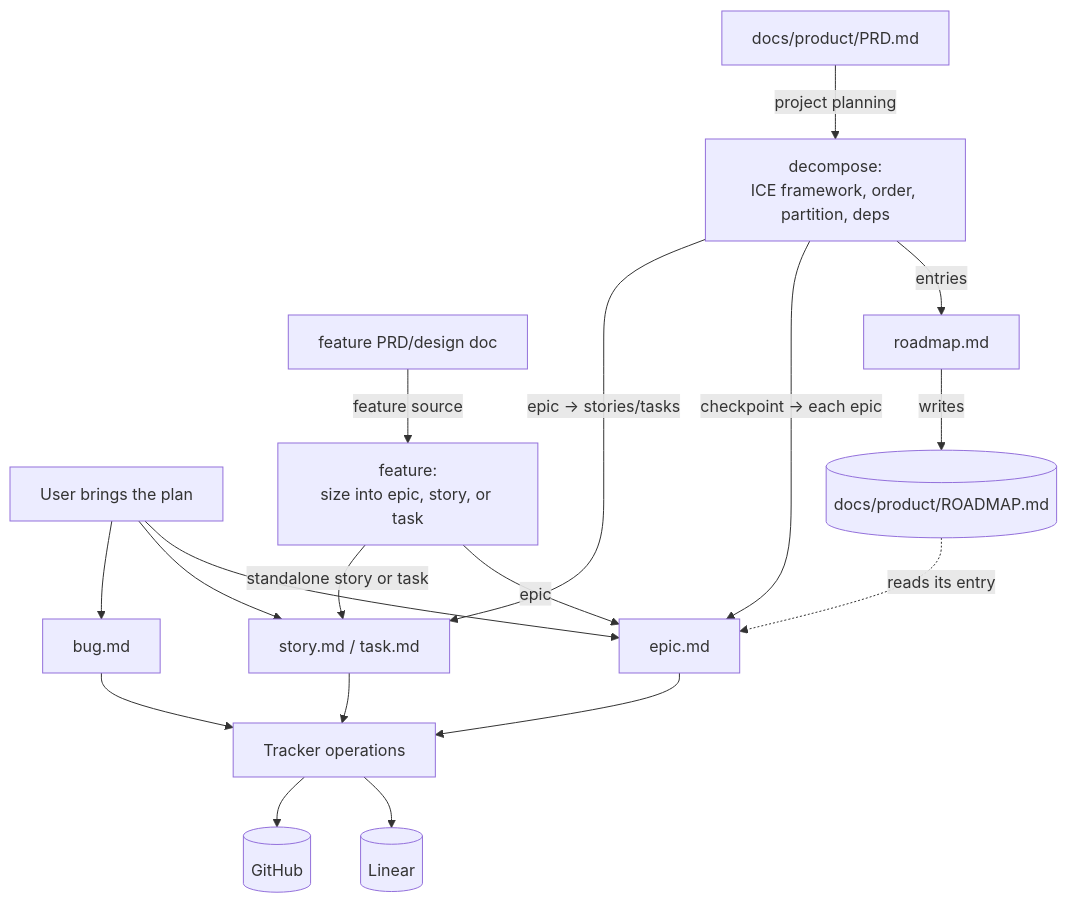
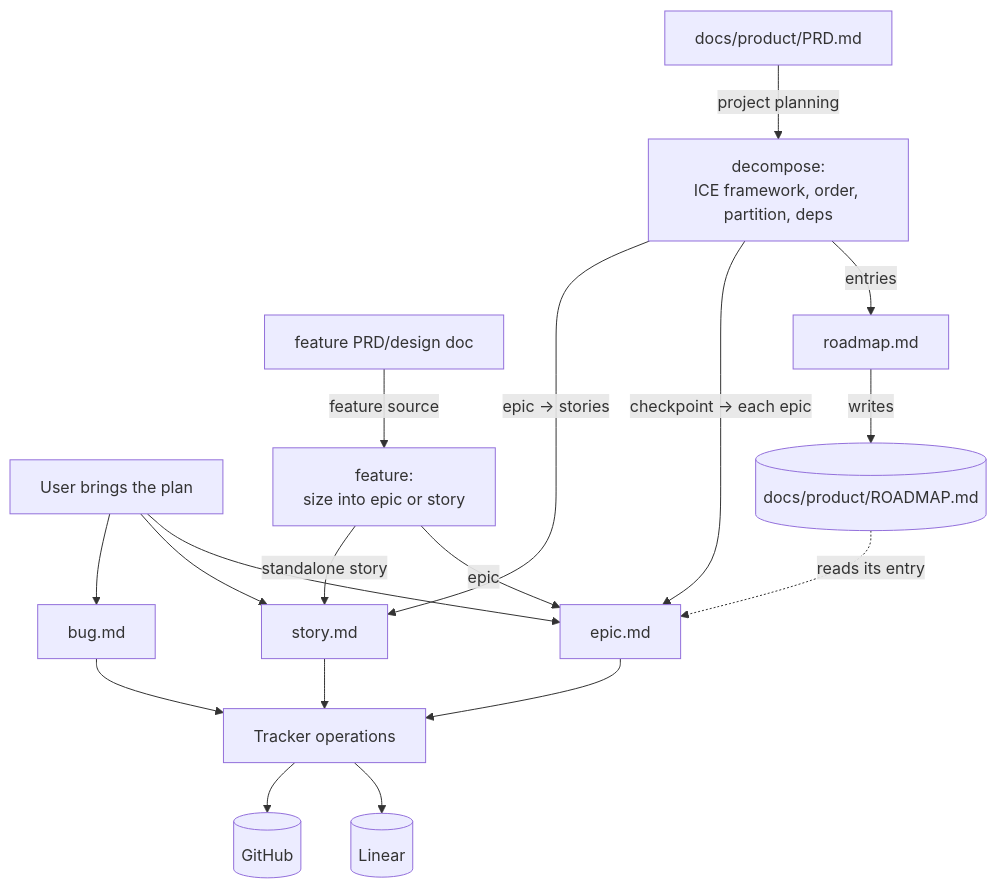
One commit to adeonir/agent-skills changed the diagram in skills/product/epic-tracker/README.md. Above: the diagram before and after it, drawn with Mermaid. The commit also changed other lines of this file and 13 other files, not shown here.

Commit message:
feat(epic-tracker): replace tasks with outcome-level stories

````diff
--- a/skills/product/epic-tracker/README.md
+++ b/skills/product/epic-tracker/README.md
@@ -7,20 +7,20 @@
 ```mermaid
 flowchart TD
     USER[User brings the plan] --> EP[epic.md]
-    USER --> STK[story.md / task.md]
+    USER --> STK[story.md]
     USER --> BG[bug.md]
     PRD[docs/product/PRD.md] -->|project planning| DEC[decompose:<br>ICE framework, order, partition, deps]
-    FPRD[feature PRD/design doc] -->|feature source| FT[feature:<br>size into epic, story, or task]
+    FPRD[feature PRD/design doc] -->|feature source| FT[feature:<br>size into epic or story]
     FT -->|epic| EP
-    FT -->|standalone story or task| STK
+    FT -->|standalone story| STK
     DEC -->|entries| RW[roadmap.md]
     RW -->|writes| RM[(docs/product/ROADMAP.md)]
     DEC -->|checkpoint → each epic| EP
     RM -.reads its entry.-> EP
-    DEC -->|epic → stories/tasks| STK
+    DEC -->|epic → stories| STK
     EP --> SY[Tracker operations]
     STK --> SY
     BG --> SY
     SY --> LN[(Linear)]
     SY --> GH[(GitHub)]
 ```
````
